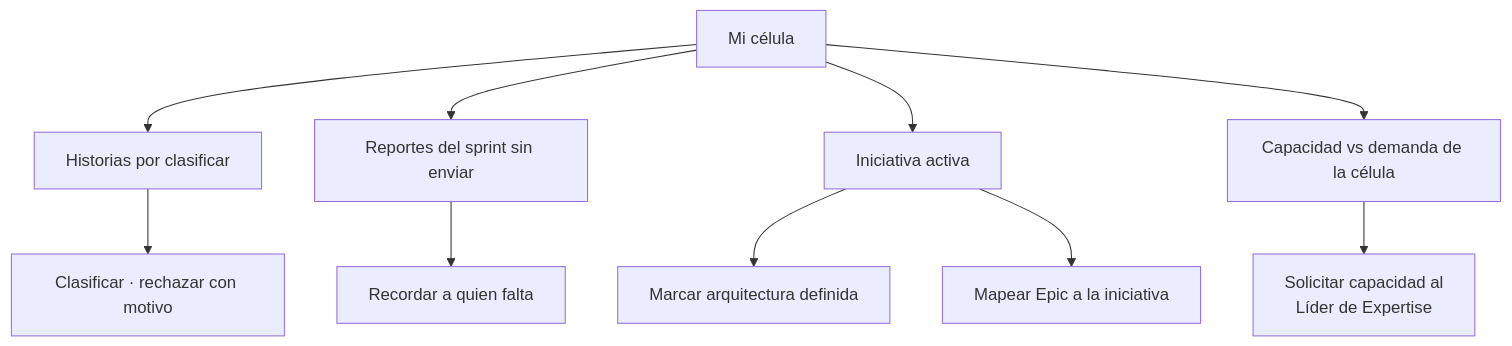
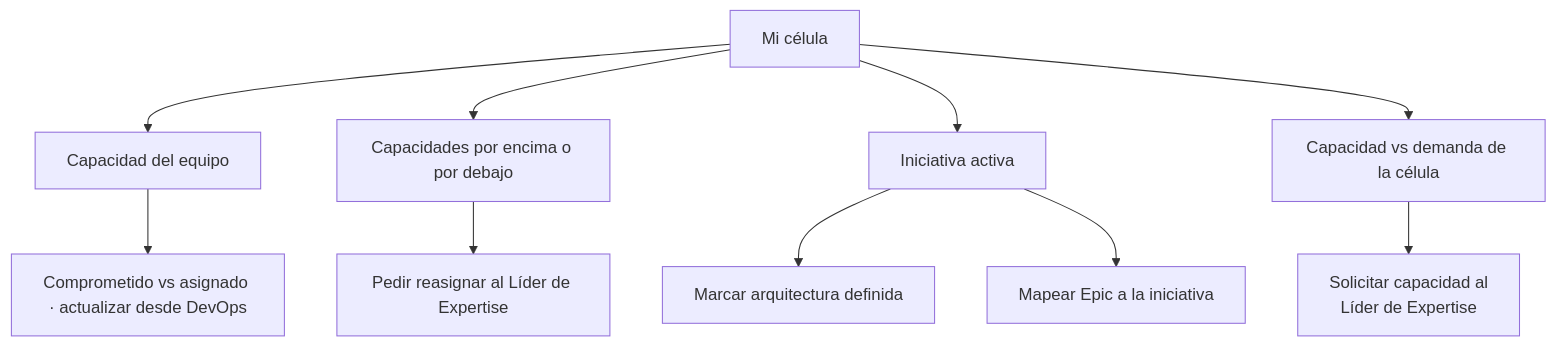
Before and after one commit to estibenlicona/anto: the ninth of 17 diagrams in context/docs/Roles_y_Permisos_Plataforma.md, drawn with Mermaid. The commit also changed other lines of this file and 500 other files, not shown here.

````diff
--- a/context/docs/Roles_y_Permisos_Plataforma.md
+++ b/context/docs/Roles_y_Permisos_Plataforma.md
@@ -285,12 +282,12 @@
 ```mermaid
 flowchart TD
-    H["Mi célula"] --> B["Historias por clasificar"]
-    H --> S["Reportes del sprint sin enviar"]
+    H["Mi célula"] --> B["Capacidad del equipo"]
+    H --> S["Capacidades por encima o por debajo"]
     H --> I["Iniciativa activa"]
     H --> C["Capacidad vs demanda de la célula"]
-    B --> B1["Clasificar · rechazar con motivo"]
-    S --> S1["Recordar a quien falta"]
+    B --> B1["Comprometido vs asignado · actualizar desde DevOps"]
+    S --> S1["Pedir reasignar al Líder de Expertise"]
     I --> I1["Marcar arquitectura definida"]
     I --> I2["Mapear Epic a la iniciativa"]
     C --> C1["Solicitar capacidad al<br/>Líder de Expertise"]
 ```
````
